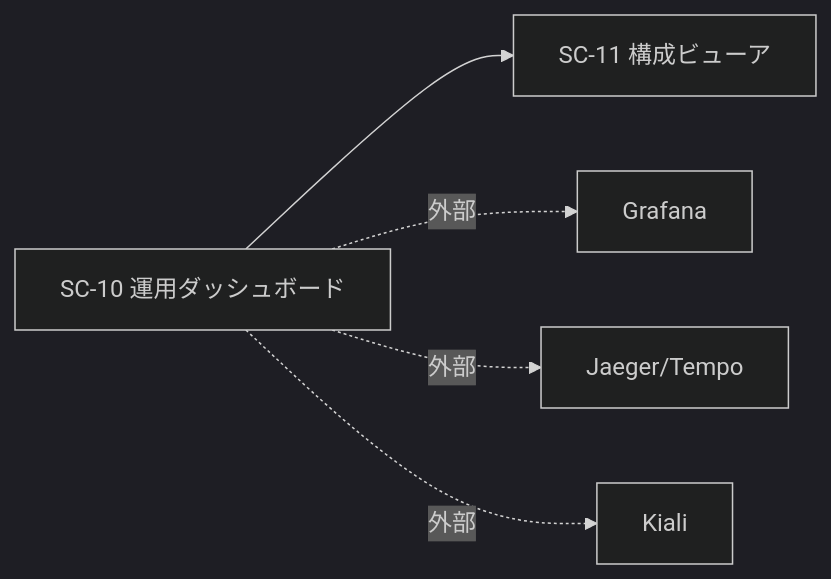
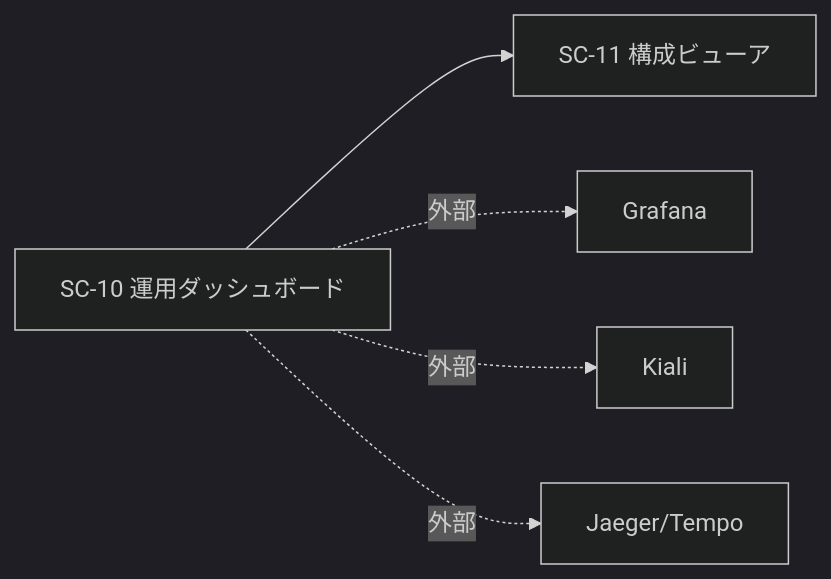
The diagram in docs/screens/SC-10_operations-dashboard.md (endazon/microservices-platform), drawn with Mermaid (dark theme) before and after one commit. The commit also changed other lines of this file and 41 other files, not shown here.

````diff
--- a/docs/screens/SC-10_operations-dashboard.md
+++ b/docs/screens/SC-10_operations-dashboard.md
@@ -100,7 +169,7 @@
 ```mermaid
 flowchart LR
   SC10[SC-10 運用ダッシュボード] --> SC11[SC-11 構成ビューア]
   SC10 -. 外部 .-> G[Grafana]
+  SC10 -. 外部 .-> K[Kiali]
   SC10 -. 外部 .-> J[Jaeger/Tempo]
-  SC10 -. 外部 .-> K[Kiali]
 ```
````
